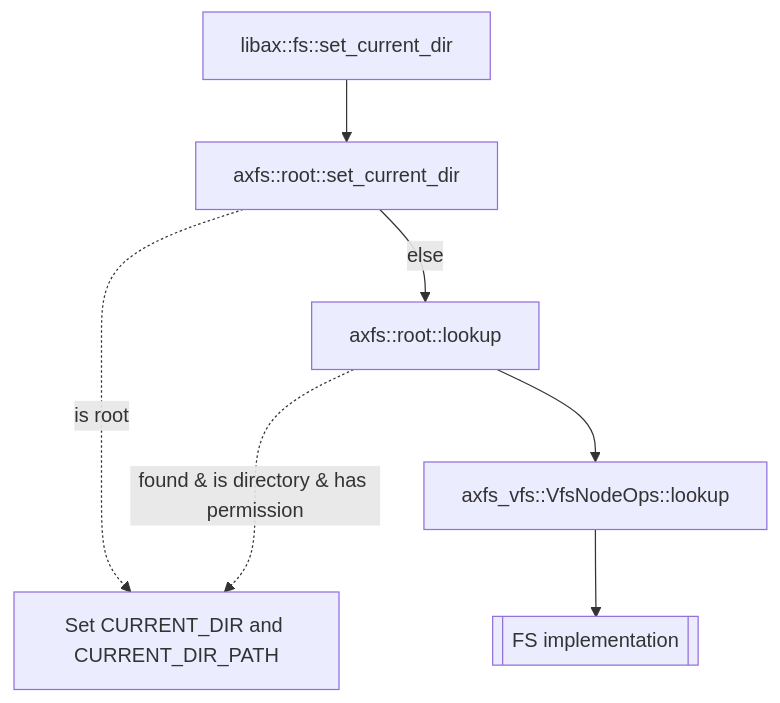
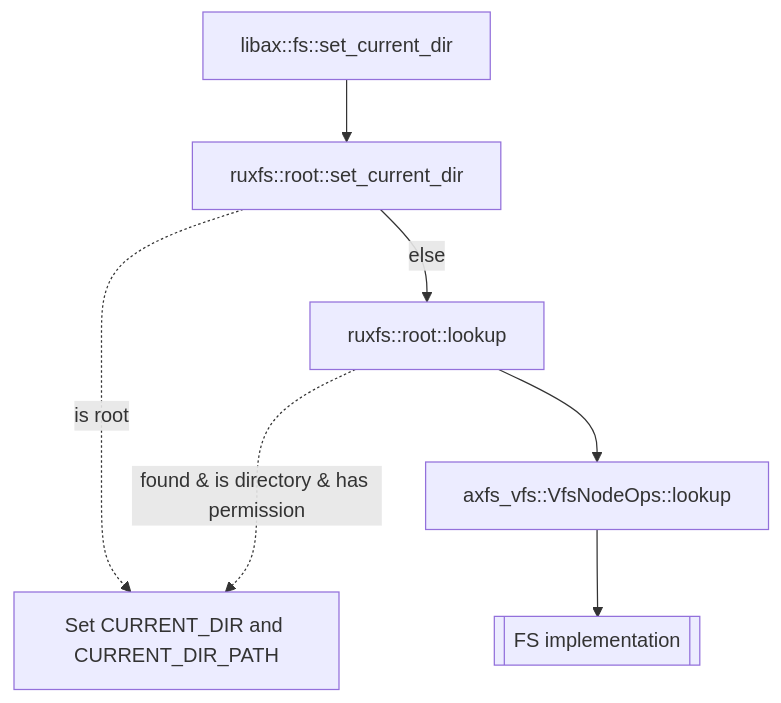
Before and after one commit to syswonder/ruxos: the sixth of 8 diagrams in doc/apps_fs_shell.md, drawn with Mermaid. The commit also changed other lines of this file and 854 other files, not shown here.

````diff
--- a/doc/apps_fs_shell.md
+++ b/doc/apps_fs_shell.md
@@ -266,12 +266,12 @@
 ```mermaid
 graph TD
-  lib_cd[libax::fs::set_current_dir] --> root_cd[axfs::root::set_current_dir]
+  lib_cd[libax::fs::set_current_dir] --> root_cd[ruxfs::root::set_current_dir]
 
   root_cd -..-> |is root| change[Set CURRENT_DIR and CURRENT_DIR_PATH]
-  root_cd --> |else| lookup["axfs::root::lookup"]
+  root_cd --> |else| lookup["ruxfs::root::lookup"]
 
   vfs_lookup["axfs_vfs::VfsNodeOps::lookup"]
   lookup --> vfs_lookup --> fs_impl[[FS implementation]]
   lookup -..-> |found & is directory & has permission| change
 
 ```
````
